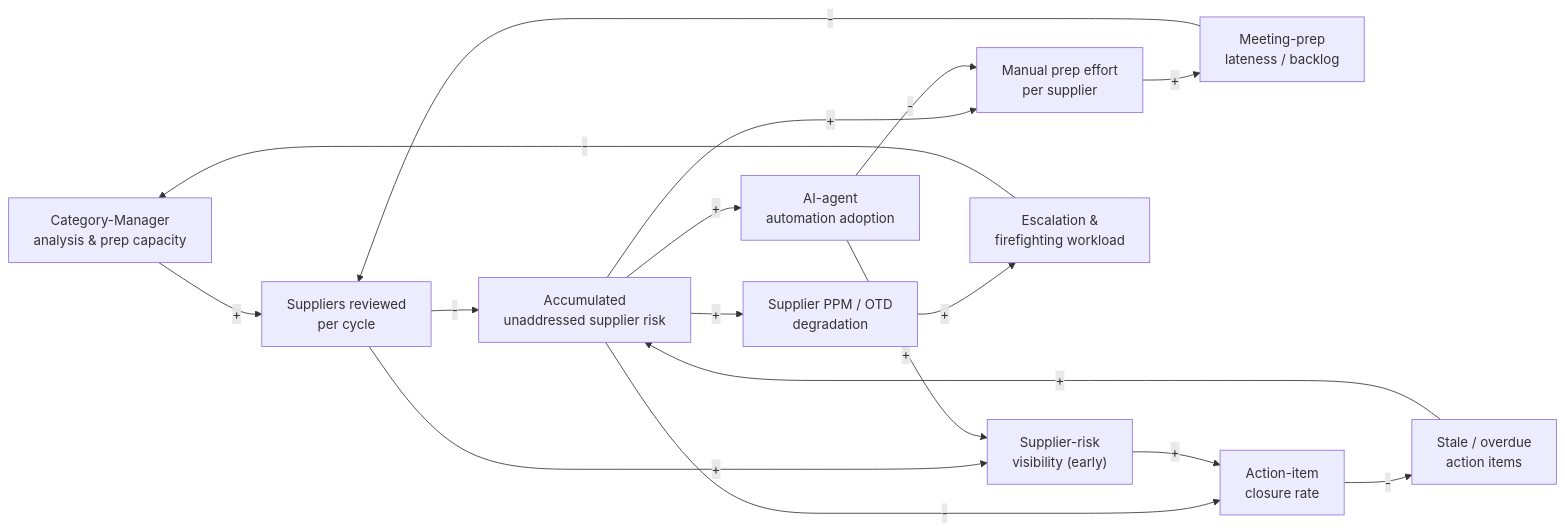
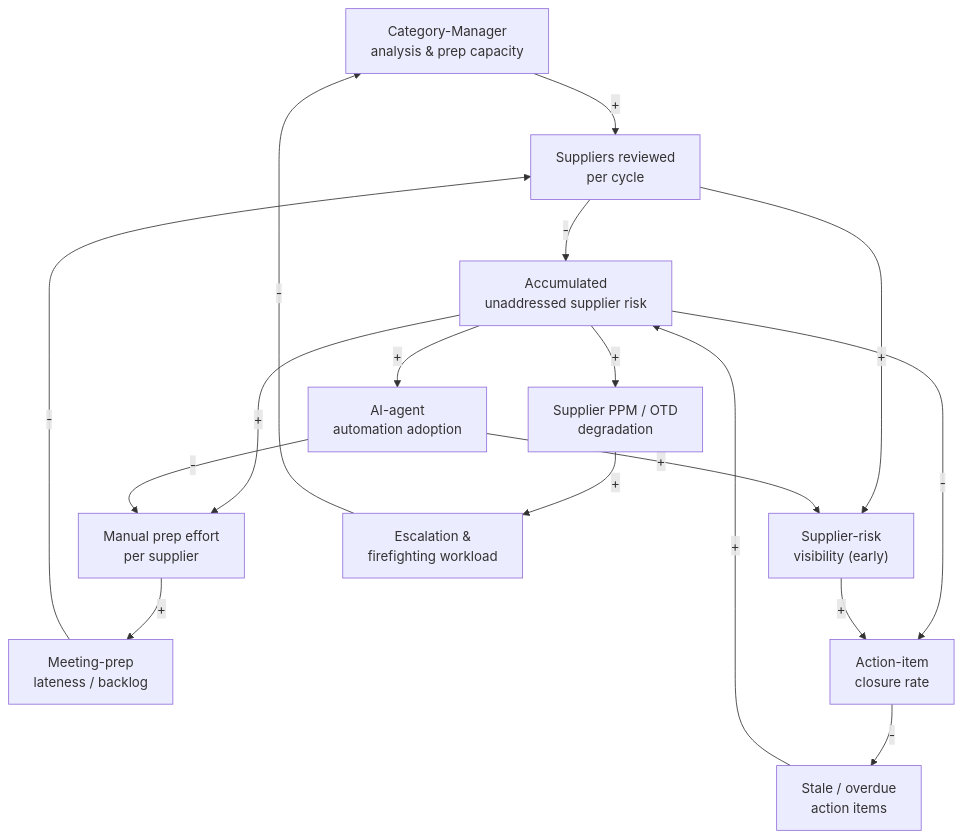
One commit to jayanthbagare/complete_book changed the first of 3 diagrams in book/02-part2-danfoss.md. Above: the diagram before and after it, drawn with Mermaid. The commit also changed other lines of this file and 9 other files, not shown here.

First line of the commit message:
Fix site layout and unreadable diagrams

````diff
--- a/book/02-part2-danfoss.md
+++ b/book/02-part2-danfoss.md
@@ -63,35 +63,35 @@
 ```mermaid
-graph LR
+graph TD
     CMcap["Category-Manager<br/>analysis & prep capacity"]
     PrepEffort["Manual prep effort<br/>per supplier"]
     PrepLate["Meeting-prep<br/>lateness / backlog"]
     Reviewed["Suppliers reviewed<br/>per cycle"]
     RiskVis["Supplier-risk<br/>visibility (early)"]
     AccumRisk["Accumulated<br/>unaddressed supplier risk"]
     PPM["Supplier PPM / OTD<br/>degradation"]
     Escalation["Escalation &<br/>firefighting workload"]
     ActionClose["Action-item<br/>closure rate"]
     StaleActions["Stale / overdue<br/>action items"]
     Adoption["AI-agent<br/>automation adoption"]
 
-    AccumRisk -->|+| PPM
-    PPM -->|+| Escalation
-    Escalation -->|-| CMcap
-    CMcap -->|+| Reviewed
-    Reviewed -->|-| AccumRisk
+    AccumRisk -->|#43;| PPM
+    PPM -->|#43;| Escalation
+    Escalation -->|#45;| CMcap
+    CMcap -->|#43;| Reviewed
+    Reviewed -->|#45;| AccumRisk
 
-    PrepEffort -->|+| PrepLate
-    PrepLate -->|-| Reviewed
-    AccumRisk -->|+| PrepEffort
+    PrepEffort -->|#43;| PrepLate
+    PrepLate -->|#45;| Reviewed
+    AccumRisk -->|#43;| PrepEffort
 
-    ActionClose -->|-| StaleActions
-    StaleActions -->|+| AccumRisk
-    AccumRisk -->|-| ActionClose
+    ActionClose -->|#45;| StaleActions
+    StaleActions -->|#43;| AccumRisk
+    AccumRisk -->|#45;| ActionClose
 
-    Reviewed -->|+| RiskVis
-    RiskVis -->|+| ActionClose
+    Reviewed -->|#43;| RiskVis
+    RiskVis -->|#43;| ActionClose
 
-    AccumRisk -->|+| Adoption
-    Adoption -->|-| PrepEffort
-    Adoption -->|+| RiskVis
+    AccumRisk -->|#43;| Adoption
+    Adoption -->|#45;| PrepEffort
+    Adoption -->|#43;| RiskVis
 ```
````
